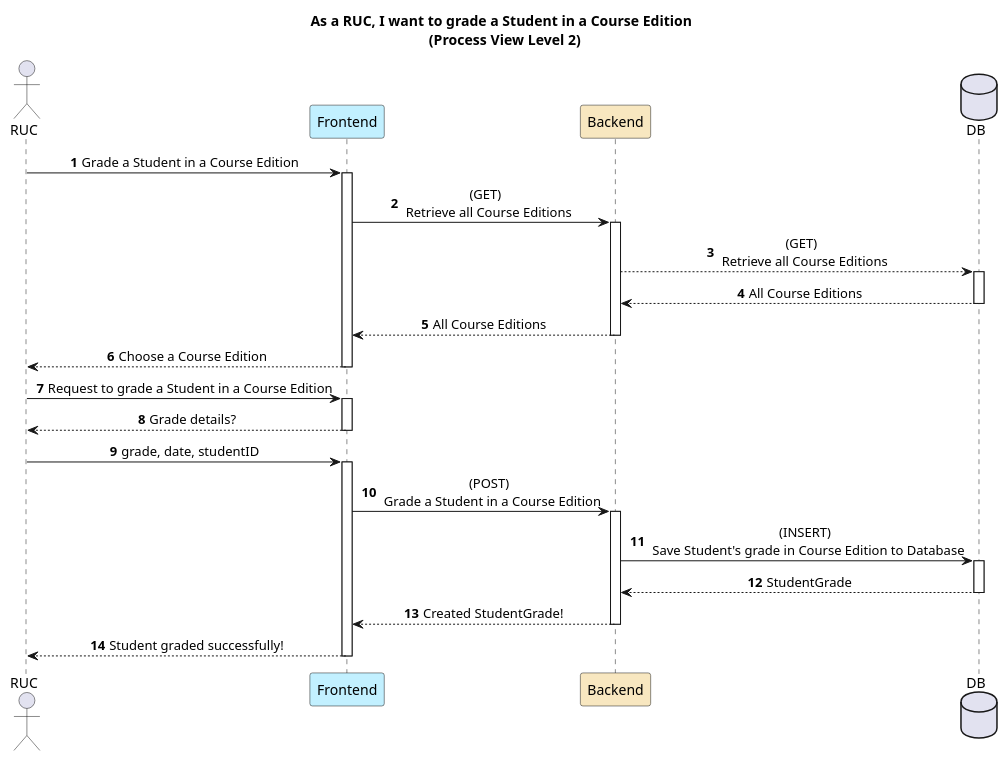
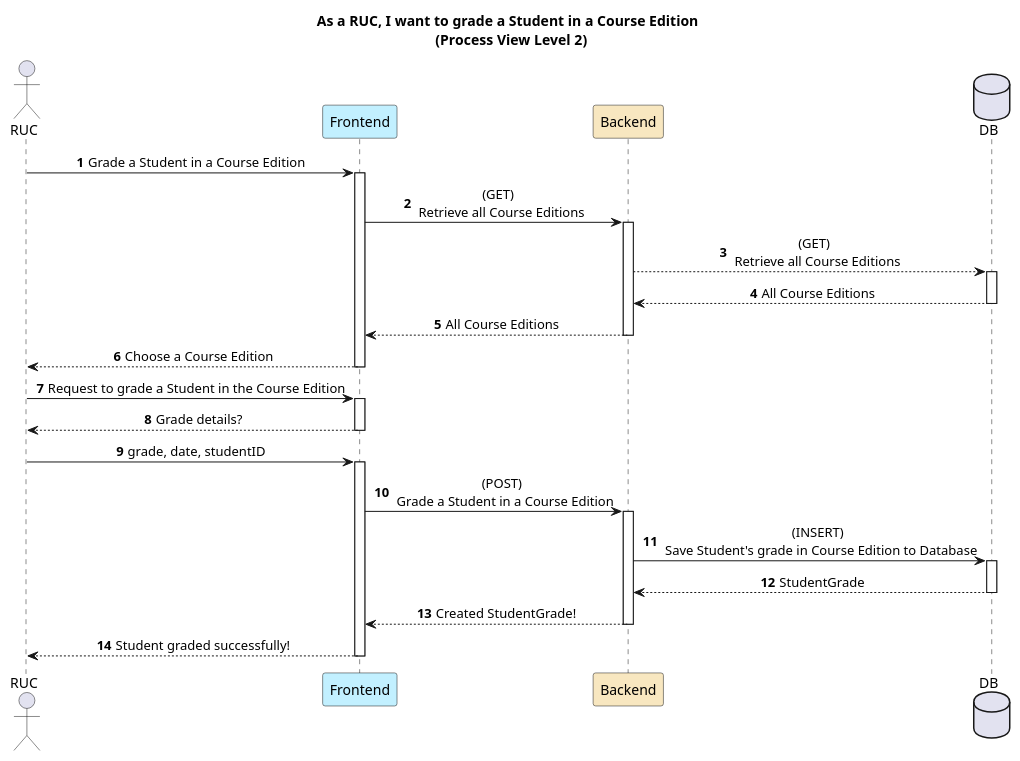
One commit to GasparISEP/DevOps-PAI changed the diagram in docs/US22/REST_API/ProcessView/Level2.puml. Above: the diagram before and after it, drawn with PlantUML. The commit also changed 2 other files, not shown here.

Commit message:
Refs #560: Create ProcessView Level 4 diagram for Student grading functionality and made tweaks to Level3 diagram

```diff
--- a/docs/US22/REST_API/ProcessView/Level2.puml
+++ b/docs/US22/REST_API/ProcessView/Level2.puml
@@ -1,52 +1,52 @@
 @startuml
 
 autonumber
 title As a RUC, I want to grade a Student in a Course Edition \n (Process View Level 2)
 
 skinparam sequencemessagealign center
 
 actor RUC as RUC
 participant "Frontend" as FE #application
 participant "Backend" as BE #strategy
 database DB
 
 
 ''RUC -> FE: Grade a Student in a Course Edition
 ''activate FE
 ''FE --> RUC: Grade details?
 ''RUC -> FE: grade, date, studentID
 ''FE --> RUC : Which Course Edition?
 ''deactivate FE
 
 RUC -> FE : Grade a Student in a Course Edition
 activate FE
 FE -> BE : (GET) \n Retrieve all Course Editions
 activate BE
 BE --> DB : (GET) \n Retrieve all Course Editions
 activate DB
 DB --> BE : All Course Editions
 deactivate DB
 BE --> FE : All Course Editions
 deactivate BE
 FE --> RUC : Choose a Course Edition
 deactivate FE
 
-RUC -> FE : Request to grade a Student in a Course Edition
+RUC -> FE : Request to grade a Student in the Course Edition
 activate FE
 FE --> RUC: Grade details?
 deactivate FE
 RUC -> FE: grade, date, studentID
 activate FE
 FE -> BE : (POST) \n Grade a Student in a Course Edition
 activate BE
 BE -> DB: (INSERT) \n Save Student's grade in Course Edition to Database
 activate DB
 DB --> BE: StudentGrade
 deactivate DB
 BE --> FE: Created StudentGrade!
 deactivate BE
 FE --> RUC: Student graded successfully!
 deactivate FE
 
 
 @enduml
```
